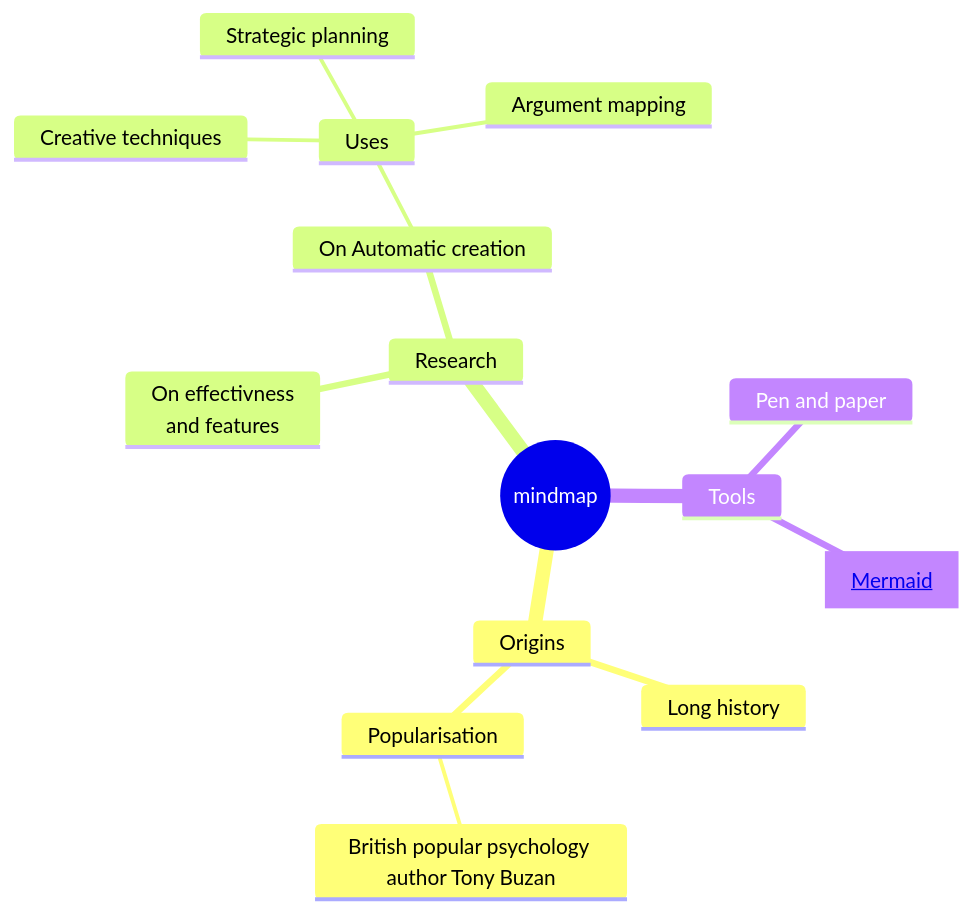
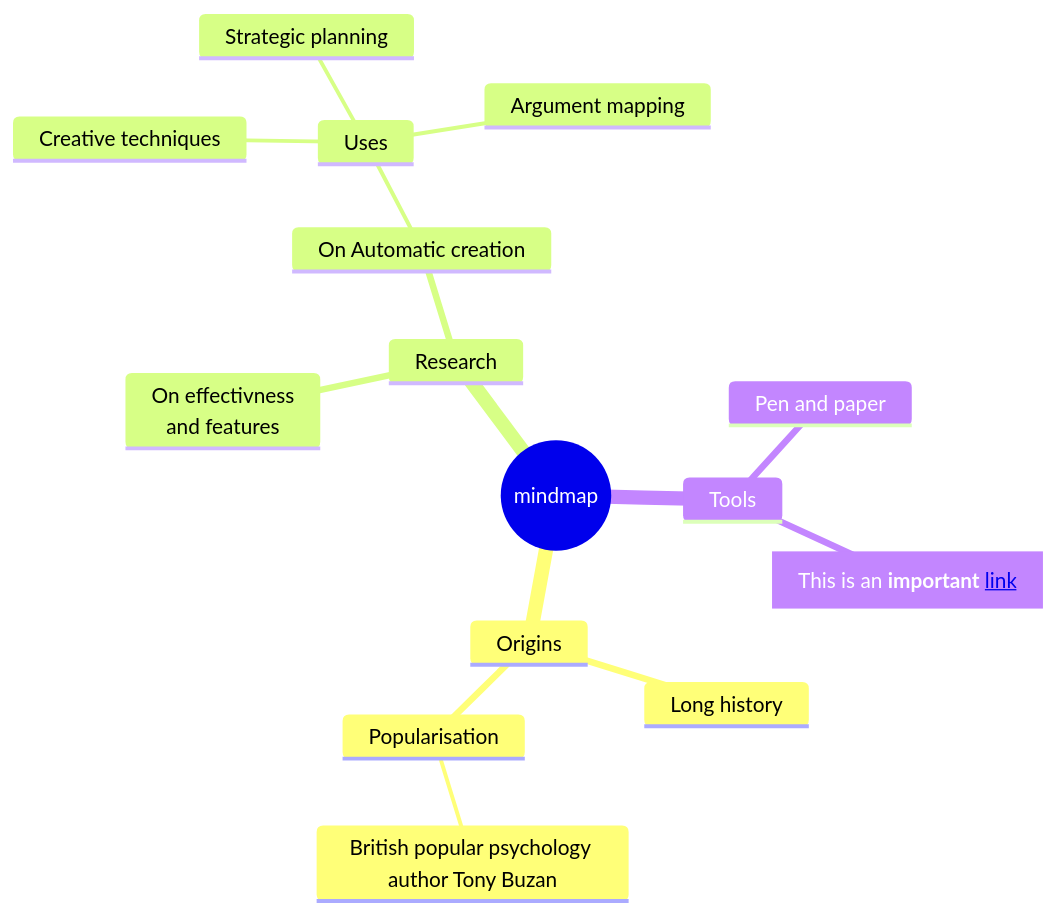
One commit to aghazadehm/test changed the diagram in test1.md. Above: the diagram before and after it, drawn with Mermaid.

````diff
--- a/test1.md
+++ b/test1.md
@@ -1,19 +1,19 @@
 ```mermaid
 mindmap
   root((mindmap))
     Origins
       Long history
       ::icon(fa fa-book)
       Popularisation
         British popular psychology author Tony Buzan
     Research
       On effectivness<br/>and features
       On Automatic creation
         Uses
             Creative techniques
             Strategic planning
             Argument mapping
     Tools
       Pen and paper
-      [<a href="https://github.com/aghazadehm/test/blob/main/test.md?plain=1">Mermaid</a>]
+      A[This is an <b>important</b> <a href='https://google.com'>link</a>]
 ```
````
